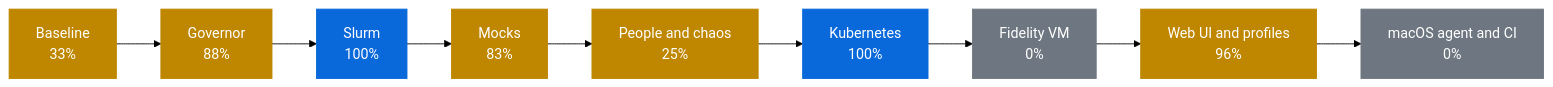
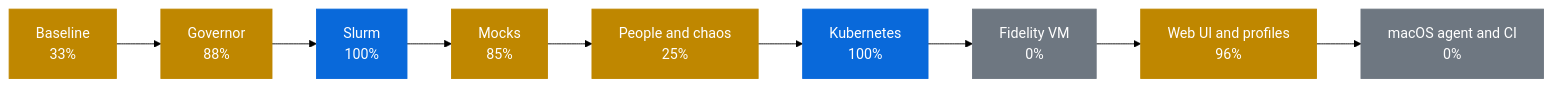
The first of 2 diagrams in docs/PROGRESS.md (AhmedYousriSobhi/workbench), drawn with Mermaid (forest theme) before and after one commit. The commit also changed other lines of this file and 18 other files, not shown here.

````diff
--- a/docs/PROGRESS.md
+++ b/docs/PROGRESS.md
@@ -10,17 +10,17 @@
 ```mermaid
 flowchart LR
     p0["Baseline<br/>33%"]:::partial
     p1["Governor<br/>88%"]:::partial
     p2["Slurm<br/>100%"]:::review
-    p3["Mocks<br/>83%"]:::partial
+    p3["Mocks<br/>85%"]:::partial
     p4["People and chaos<br/>25%"]:::partial
     p5["Kubernetes<br/>100%"]:::review
     p6["Fidelity VM<br/>0%"]:::todo
     p7["Web UI and profiles<br/>96%"]:::partial
     p8["macOS agent and CI<br/>0%"]:::todo
     p0 --> p1 --> p2 --> p3 --> p4 --> p5 --> p6 --> p7 --> p8
     classDef done fill:#1a7f37,stroke:#1a7f37,color:#fff
     classDef review fill:#0969da,stroke:#0969da,color:#fff
     classDef partial fill:#bf8700,stroke:#bf8700,color:#fff
     classDef todo fill:#6e7781,stroke:#6e7781,color:#fff
 ```
````
